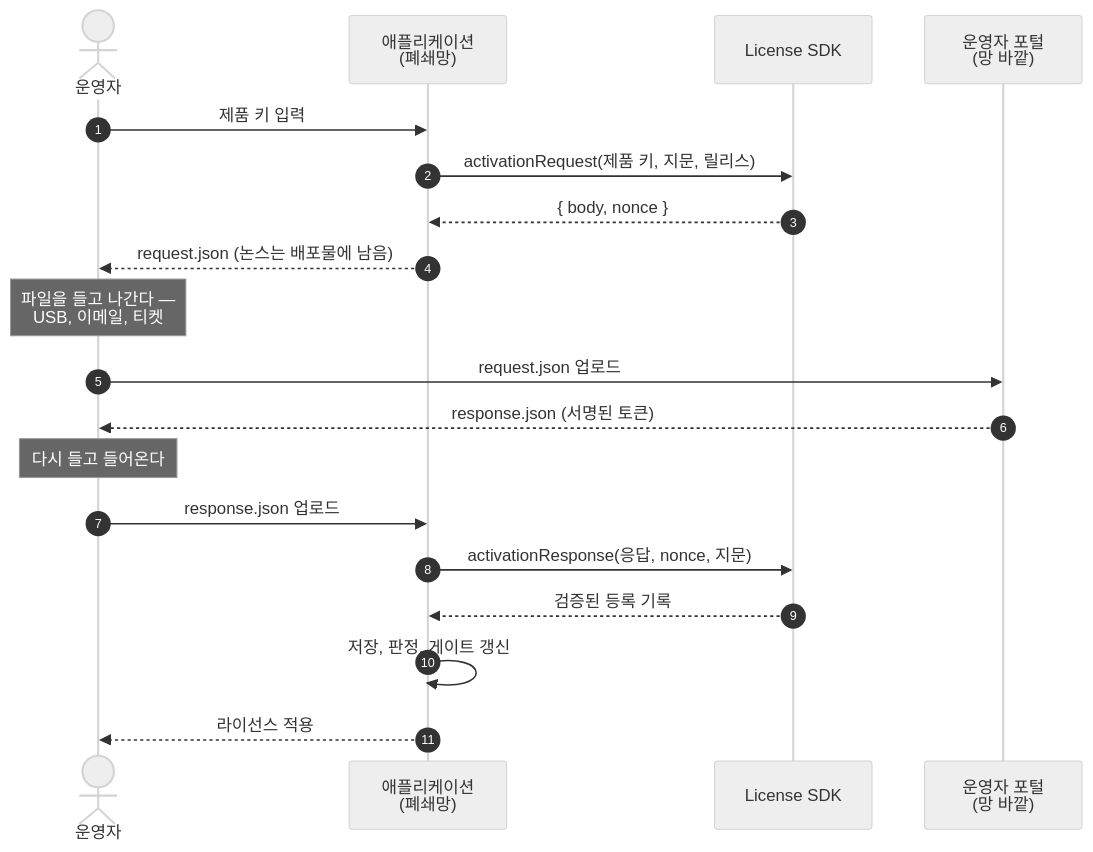
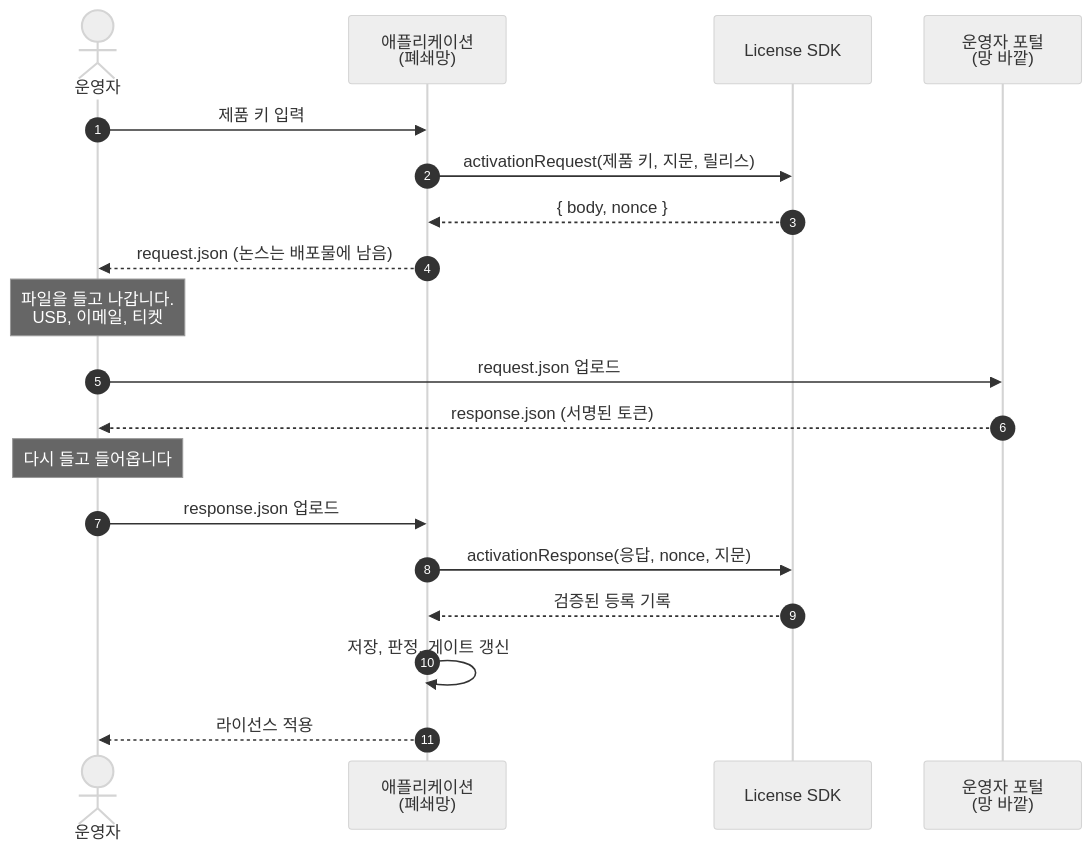
Before and after one commit to accesscore-dev/accesscore-license-sdk-dist: the second of 7 diagrams in docs/manual/ko/concepts.md, drawn with Mermaid (neutral theme). The commit also changed other lines of this file and 6 other files, not shown here.

Commit message:
docs: hold the Korean diagrams to the same style as the prose

````diff
--- a/docs/manual/ko/concepts.md
+++ b/docs/manual/ko/concepts.md
@@ -109,24 +109,24 @@
 ```mermaid
 sequenceDiagram
     autonumber
     actor Op as 운영자
     participant App as 애플리케이션<br/>(폐쇄망)
     participant SDK as License SDK
     participant Portal as 운영자 포털<br/>(망 바깥)
 
     Op->>App: 제품 키 입력
     App->>SDK: activationRequest(제품 키, 지문, 릴리스)
     SDK-->>App: { body, nonce }
     App-->>Op: request.json  (논스는 배포물에 남음)
-    Note over Op: 파일을 들고 나간다 —<br/>USB, 이메일, 티켓
+    Note over Op: 파일을 들고 나갑니다.<br/>USB, 이메일, 티켓
 
     Op->>Portal: request.json 업로드
     Portal-->>Op: response.json  (서명된 토큰)
-    Note over Op: 다시 들고 들어온다
+    Note over Op: 다시 들고 들어옵니다
 
     Op->>App: response.json 업로드
     App->>SDK: activationResponse(응답, nonce, 지문)
     SDK-->>App: 검증된 등록 기록
     App->>App: 저장, 판정, 게이트 갱신
     App-->>Op: 라이선스 적용
 ```
````
